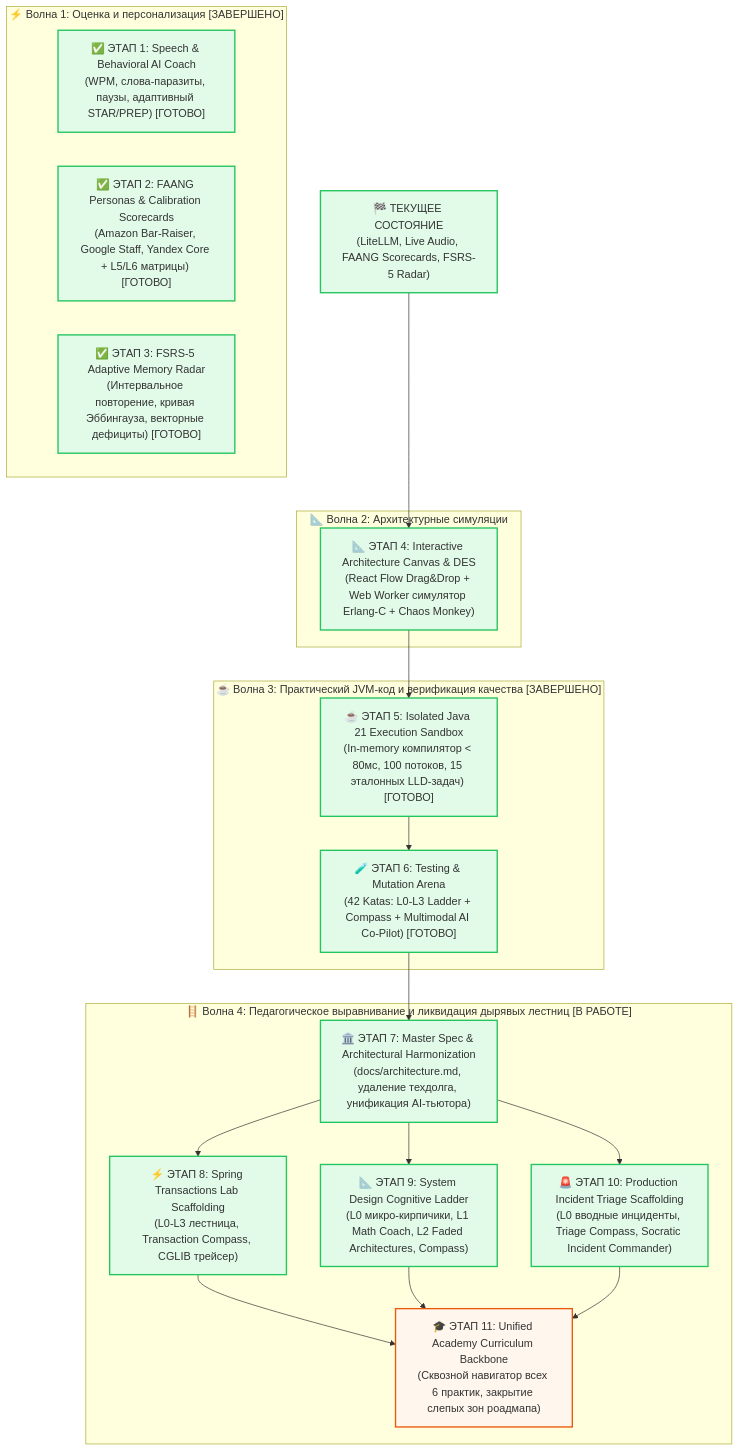
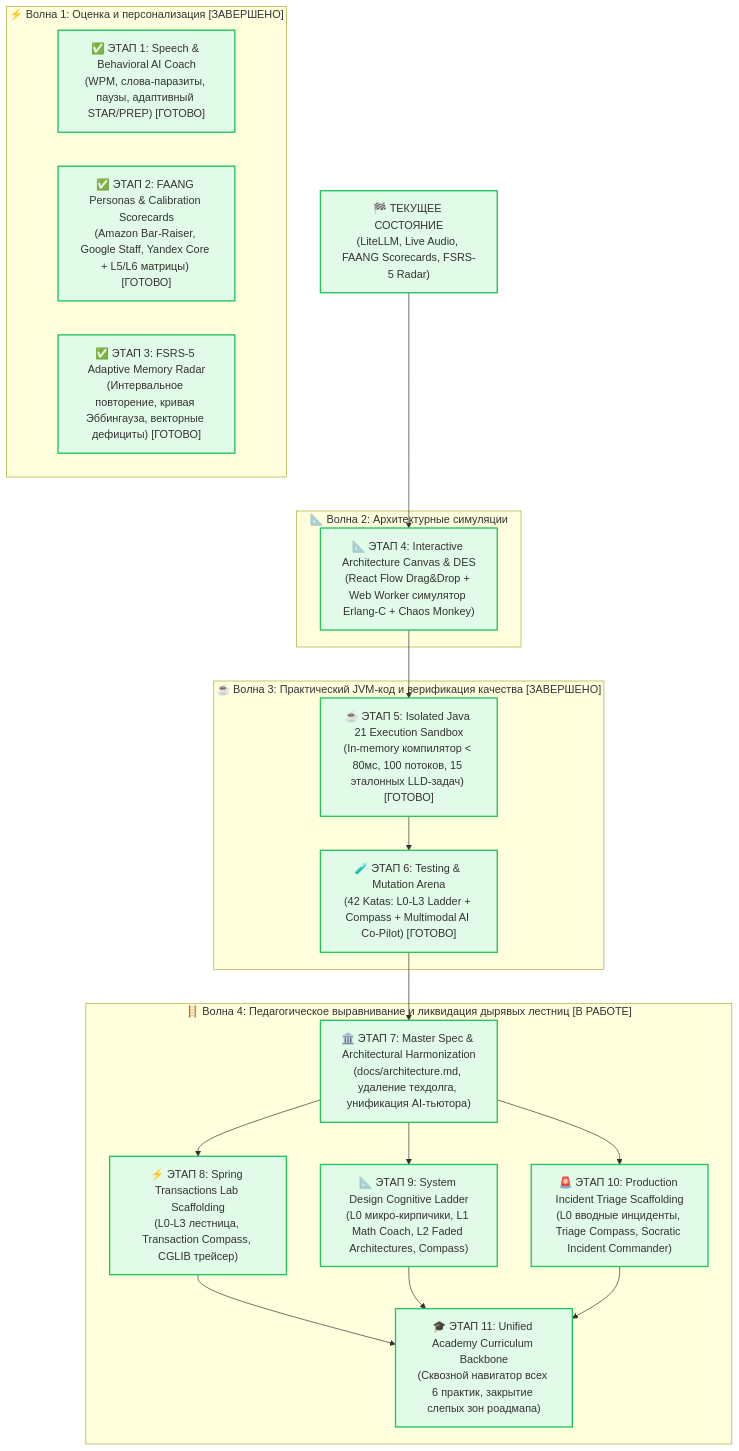
Before and after one commit to iliaIz/interview_tutor: the diagram in docs/roadmap/00_MASTER_ROADMAP.md, drawn with Mermaid. The commit also changed other lines of this file and 12 other files, not shown here.

````diff
--- a/docs/roadmap/00_MASTER_ROADMAP.md
+++ b/docs/roadmap/00_MASTER_ROADMAP.md
@@ -27,41 +27,40 @@
 ```mermaid
 flowchart TD
     Current["🏁 ТЕКУЩЕЕ СОСТОЯНИЕ\n(LiteLLM, Live Audio, FAANG Scorecards, FSRS-5 Radar)"]
 
     subgraph Wave1 ["⚡ Волна 1: Оценка и персонализация [ЗАВЕРШЕНО]"]
         Phase1["✅ ЭТАП 1: Speech & Behavioral AI Coach\n(WPM, слова-паразиты, паузы, адаптивный STAR/PREP) [ГОТОВО]"]
         Phase2["✅ ЭТАП 2: FAANG Personas & Calibration Scorecards\n(Amazon Bar-Raiser, Google Staff, Yandex Core + L5/L6 матрицы) [ГОТОВО]"]
         Phase3["✅ ЭТАП 3: FSRS-5 Adaptive Memory Radar\n(Интервальное повторение, кривая Эббингауза, векторные дефициты) [ГОТОВО]"]
     end
 
     subgraph Wave2 ["📐 Волна 2: Архитектурные симуляции"]
         Phase4["📐 ЭТАП 4: Interactive Architecture Canvas & DES\n(React Flow Drag&Drop + Web Worker симулятор Erlang-C + Chaos Monkey)"]
     end
 
     subgraph Wave3 ["☕ Волна 3: Практический JVM-код и верификация качества [ЗАВЕРШЕНО]"]
         Phase5["☕ ЭТАП 5: Isolated Java 21 Execution Sandbox\n(In-memory компилятор < 80мс, 100 потоков, 15 эталонных LLD-задач) [ГОТОВО]"]
         Phase6["🧪 ЭТАП 6: Testing & Mutation Arena\n(42 Katas: L0-L3 Ladder + Compass + Multimodal AI Co-Pilot) [ГОТОВО]"]
     end
 
     subgraph Wave4 ["🪜 Волна 4: Педагогическое выравнивание и ликвидация дырявых лестниц [В РАБОТЕ]"]
         Phase7["🏛️ ЭТАП 7: Master Spec & Architectural Harmonization\n(docs/architecture.md, удаление техдолга, унификация AI-тьютора)"]
         Phase8["⚡ ЭТАП 8: Spring Transactions Lab Scaffolding\n(L0-L3 лестница, Transaction Compass, CGLIB трейсер)"]
         Phase9["📐 ЭТАП 9: System Design Cognitive Ladder\n(L0 микро-кирпичики, L1 Math Coach, L2 Faded Architectures, Compass)"]
         Phase10["🚨 ЭТАП 10: Production Incident Triage Scaffolding\n(L0 вводные инциденты, Triage Compass, Socratic Incident Commander)"]
         Phase11["🎓 ЭТАП 11: Unified Academy Curriculum Backbone\n(Сквозной навигатор всех 6 практик, закрытие слепых зон роадмапа)"]
     end
 
     Current --> Phase4
     Phase4 --> Phase5
     Phase5 --> Phase6
     Phase6 --> Phase7
     Phase7 --> Phase8 & Phase9 & Phase10
     Phase8 & Phase9 & Phase10 --> Phase11
 
     classDef done fill:#e2fbe8,stroke:#22c55e,stroke-width:2px;
     classDef currentPhase fill:#fff7ed,stroke:#ea580c,stroke-width:2px;
     classDef queued fill:#f0f9ff,stroke:#0284c7,stroke-width:2px;
 
-    class Current,Phase1,Phase2,Phase3,Phase4,Phase5,Phase6,Phase7,Phase8,Phase9,Phase10 done;
-    class Phase11 currentPhase;
+    class Current,Phase1,Phase2,Phase3,Phase4,Phase5,Phase6,Phase7,Phase8,Phase9,Phase10,Phase11 done;
 ```
````
